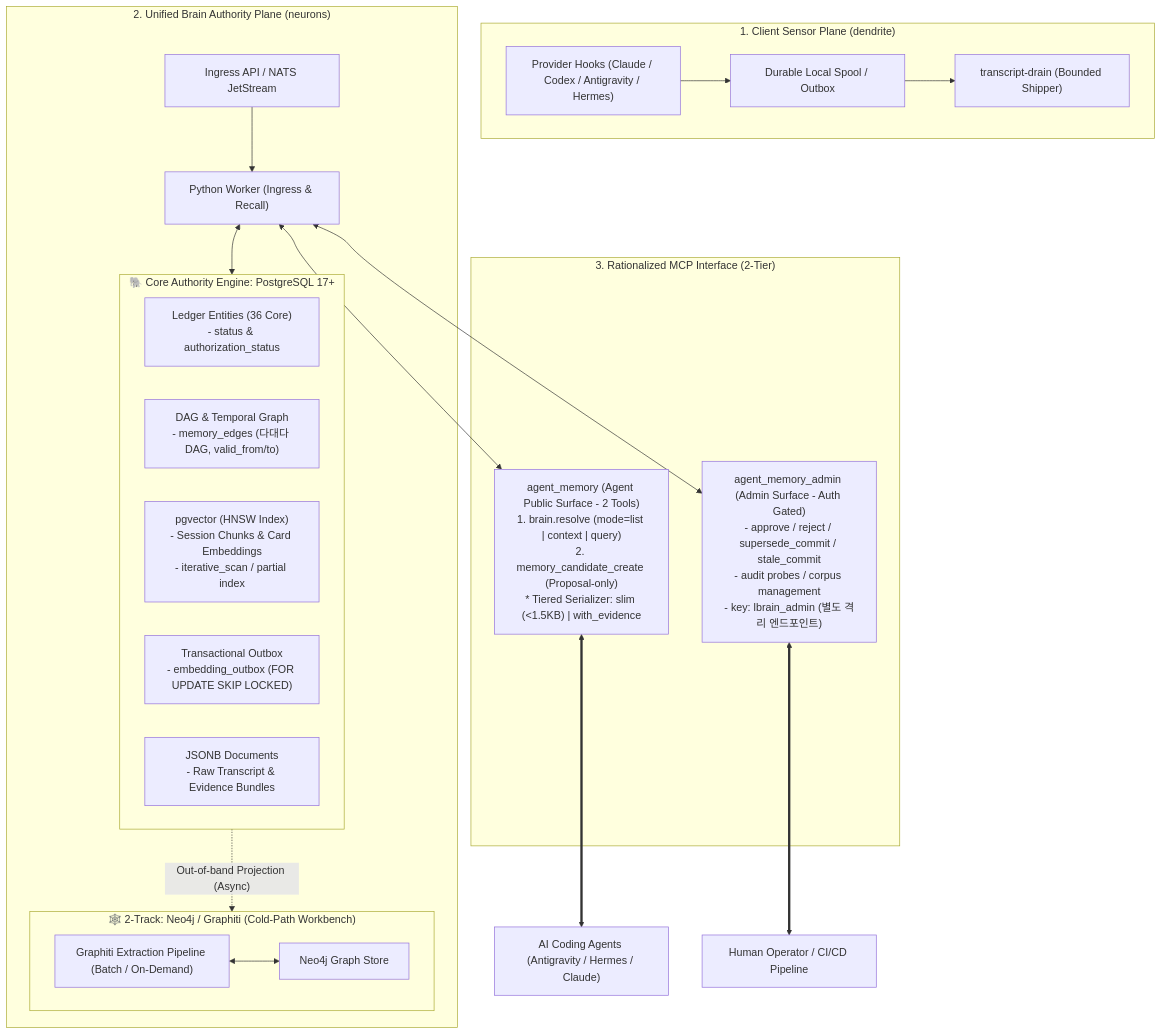
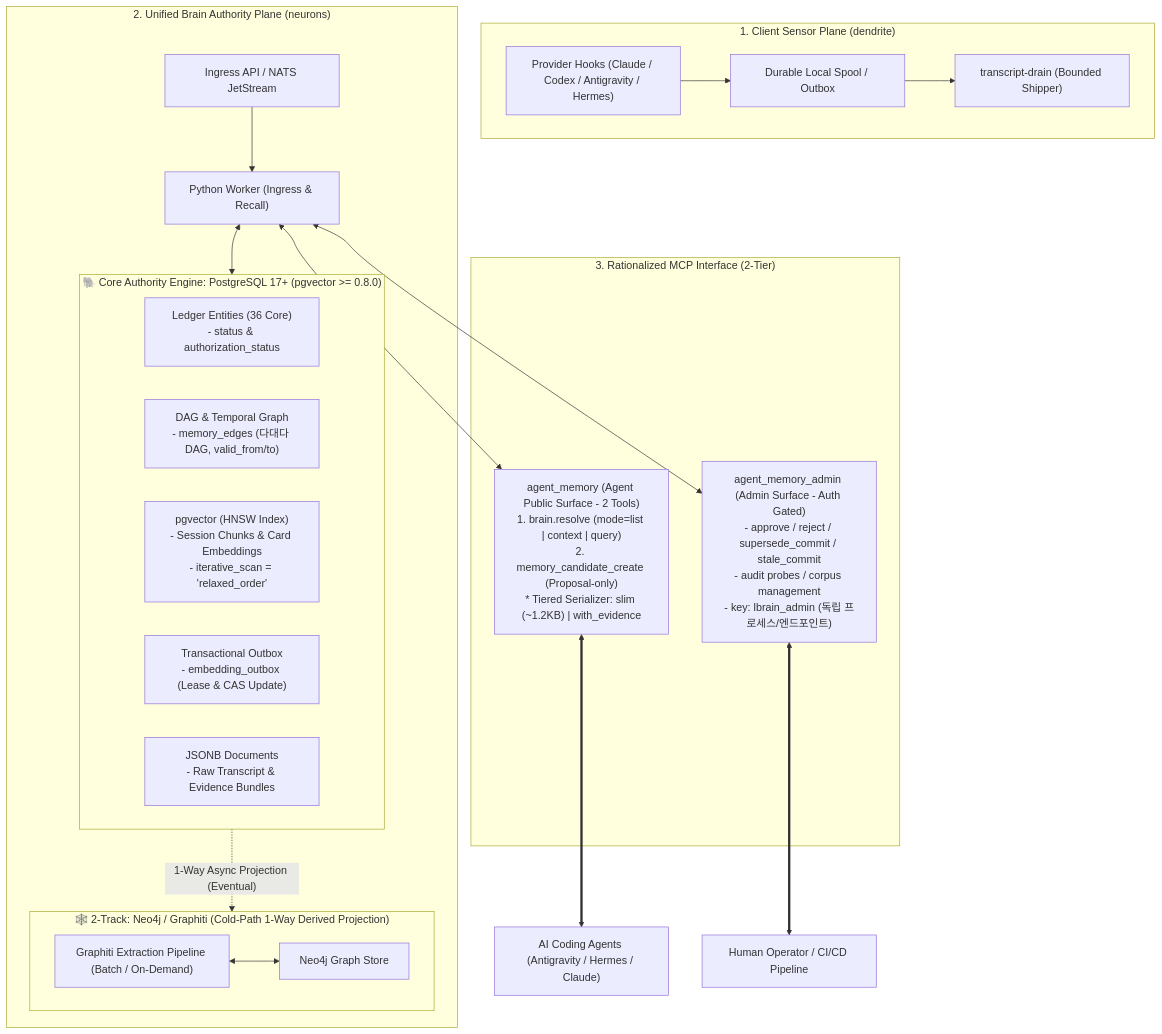
One commit to pureliture/neurons changed the diagram in specs/lbrain-architecture-rationalization/design.md. Above: the diagram before and after it, drawn with Mermaid. The commit also changed other lines of this file and 2 other files, not shown here.

First line of the commit message:
docs(spec): finalize LBrain rationalization spec to v2.2 (clean pass)

````diff
--- a/specs/lbrain-architecture-rationalization/design.md
+++ b/specs/lbrain-architecture-rationalization/design.md
@@ -12,55 +12,55 @@
 ```mermaid
 flowchart TB
     subgraph ClientPlane ["1. Client Sensor Plane (dendrite)"]
         Hook["Provider Hooks (Claude / Codex / Antigravity / Hermes)"]
         Spool["Durable Local Spool / Outbox"]
         Drain["transcript-drain (Bounded Shipper)"]
         Hook --> Spool --> Drain
     end
 
     subgraph ServerPlane ["2. Unified Brain Authority Plane (neurons)"]
         Ingress["Ingress API / NATS JetStream"]
         Worker["Python Worker (Ingress & Recall)"]
         
-        subgraph PostgresStorage ["🐘 Core Authority Engine: PostgreSQL 17+"]
+        subgraph PostgresStorage ["🐘 Core Authority Engine: PostgreSQL 17+ (pgvector >= 0.8.0)"]
             Relational["Ledger Entities (36 Core)
 - status & authorization_status"]
             Edges["DAG & Temporal Graph
 - memory_edges (다대다 DAG, valid_from/to)"]
             PgVector["pgvector (HNSW Index)
 - Session Chunks & Card Embeddings
-- iterative_scan / partial index"]
+- iterative_scan = 'relaxed_order'"]
             Outbox["Transactional Outbox
-- embedding_outbox (FOR UPDATE SKIP LOCKED)"]
+- embedding_outbox (Lease & CAS Update)"]
             JsonbStore["JSONB Documents
 - Raw Transcript & Evidence Bundles"]
         end
 
-        subgraph GraphWorkbench ["🕸️ 2-Track: Neo4j / Graphiti (Cold-Path Workbench)"]
+        subgraph GraphWorkbench ["🕸️ 2-Track: Neo4j / Graphiti (Cold-Path 1-Way Derived Projection)"]
             Neo4j["Neo4j Graph Store"]
             Graphiti["Graphiti Extraction Pipeline (Batch / On-Demand)"]
             Graphiti <--> Neo4j
         end
 
         Ingress --> Worker
         Worker <--> PostgresStorage
-        PostgresStorage -. "Out-of-band Projection (Async)" .-> GraphWorkbench
+        PostgresStorage -. "1-Way Async Projection (Eventual)" .-> GraphWorkbench
     end
 
     subgraph MCPSurface ["3. Rationalized MCP Interface (2-Tier)"]
         AgentMCP["agent_memory (Agent Public Surface - 2 Tools)
 1. brain.resolve (mode=list | context | query)
 2. memory_candidate_create (Proposal-only)
-* Tiered Serializer: slim (<1.5KB) | with_evidence"]
+* Tiered Serializer: slim (~1.2KB) | with_evidence"]
         
         AdminMCP["agent_memory_admin (Admin Surface - Auth Gated)
 - approve / reject / supersede_commit / stale_commit
 - audit probes / corpus management
-- key: lbrain_admin (별도 격리 엔드포인트)"]
+- key: lbrain_admin (독립 프로세스/엔드포인트)"]
     end
 
     Worker <--> AgentMCP
     Worker <--> AdminMCP
     AgentMCP <==> CodingAgents["AI Coding Agents (Antigravity / Hermes / Claude)"]
     AdminMCP <==> Operator["Human Operator / CI/CD Pipeline"]
 ```
````
